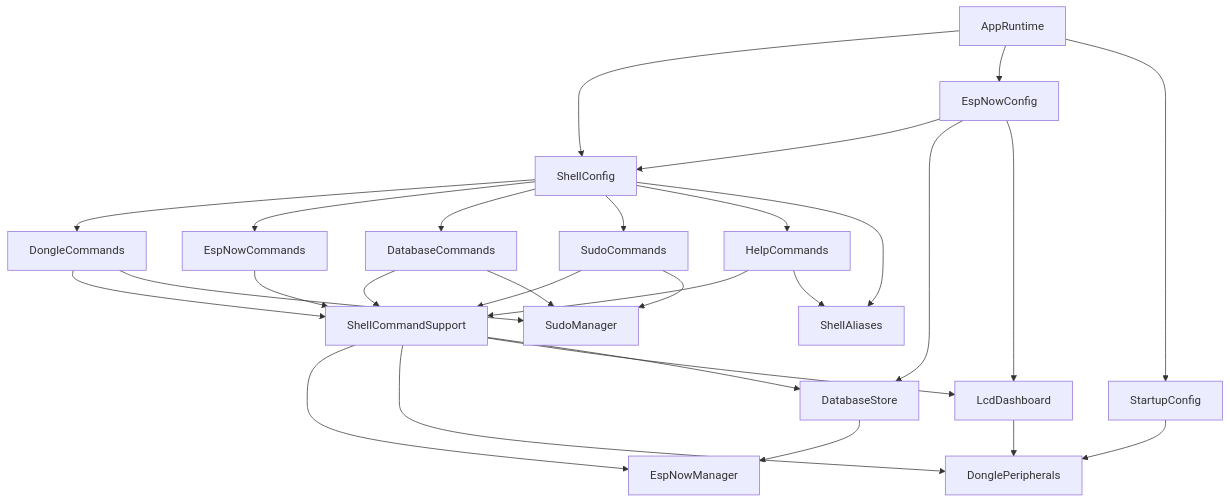
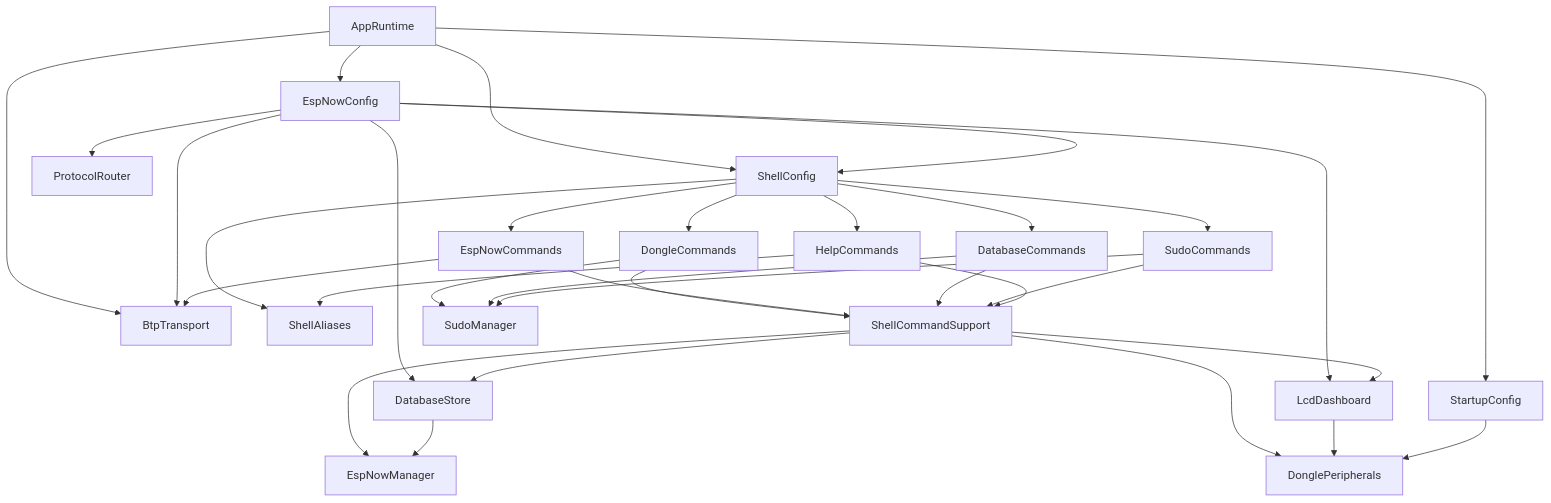
The diagram in README.md (AlisonTristao/t_dongle_develop), drawn with Mermaid before and after one commit. The commit also changed other lines of this file and 23 other files, not shown here.

````diff
--- a/README.md
+++ b/README.md
@@ -81,31 +89,35 @@
 ```mermaid
 graph TD
     AppRuntime --> ShellConfig
     AppRuntime --> EspNowConfig
     AppRuntime --> StartupConfig
+    AppRuntime --> BtpTransport
     EspNowConfig --> ShellConfig
     EspNowConfig --> DatabaseStore
     EspNowConfig --> LcdDashboard
+    EspNowConfig --> BtpTransport
+    EspNowConfig --> ProtocolRouter
     ShellConfig --> DongleCommands
     ShellConfig --> EspNowCommands
     ShellConfig --> DatabaseCommands
     ShellConfig --> SudoCommands
     ShellConfig --> HelpCommands
     ShellConfig --> ShellAliases
     DongleCommands --> ShellCommandSupport
     EspNowCommands --> ShellCommandSupport
+    EspNowCommands --> BtpTransport
     DatabaseCommands --> ShellCommandSupport
     SudoCommands --> ShellCommandSupport
     HelpCommands --> ShellCommandSupport
     DongleCommands --> SudoManager
     DatabaseCommands --> SudoManager
     SudoCommands --> SudoManager
     HelpCommands --> ShellAliases
     ShellCommandSupport --> EspNowManager
     ShellCommandSupport --> DonglePeripherals
     ShellCommandSupport --> LcdDashboard
     ShellCommandSupport --> DatabaseStore
     DatabaseStore --> EspNowManager
     LcdDashboard --> DonglePeripherals
     StartupConfig --> DonglePeripherals
 ```
````
